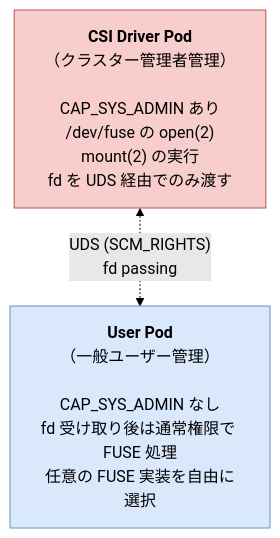
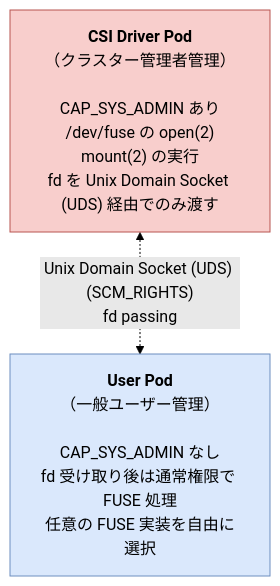
Before and after one commit to tak-55/fuse_k8s: the second of 2 diagrams in docs/meta-fuse-csi-plugin-report.md, drawn with Mermaid (forest theme). The commit also changed other lines of this file and 5 other files, not shown here.

````diff
--- a/docs/meta-fuse-csi-plugin-report.md
+++ b/docs/meta-fuse-csi-plugin-report.md
@@ -348,10 +348,10 @@
 ```mermaid
 graph TB
-    CSI["<b>CSI Driver Pod</b><br/>（クラスター管理者管理）<br/><br/>CAP_SYS_ADMIN あり<br/>/dev/fuse の open(2)<br/>mount(2) の実行<br/>fd を UDS 経由でのみ渡す"]
+    CSI["<b>CSI Driver Pod</b><br/>（クラスター管理者管理）<br/><br/>CAP_SYS_ADMIN あり<br/>/dev/fuse の open(2)<br/>mount(2) の実行<br/>fd を Unix Domain Socket (UDS) 経由でのみ渡す"]
     User["<b>User Pod</b><br/>（一般ユーザー管理）<br/><br/>CAP_SYS_ADMIN なし<br/>fd 受け取り後は通常権限で FUSE 処理<br/>任意の FUSE 実装を自由に選択"]
 
-    CSI <-. "UDS (SCM_RIGHTS)<br/>fd passing" .-> User
+    CSI <-. "Unix Domain Socket (UDS) (SCM_RIGHTS)<br/>fd passing" .-> User
 
     style CSI fill:#f8cecc,stroke:#b85450
     style User fill:#dae8fc,stroke:#6c8ebf
 ```
````
